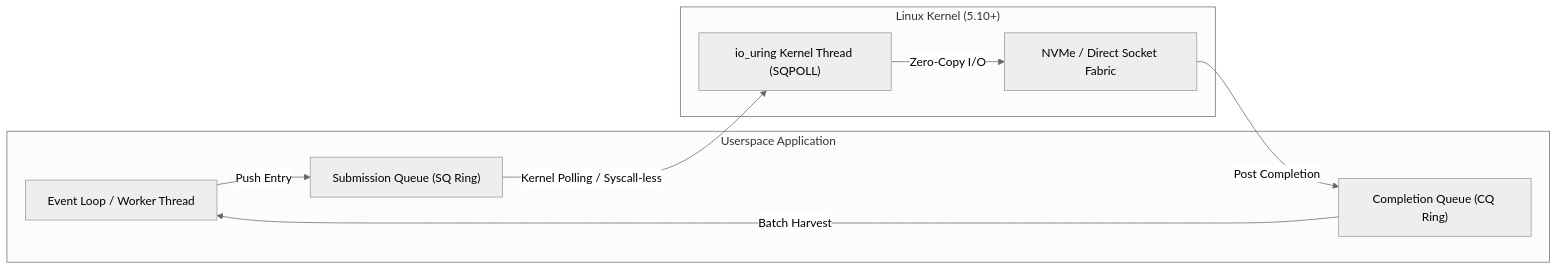
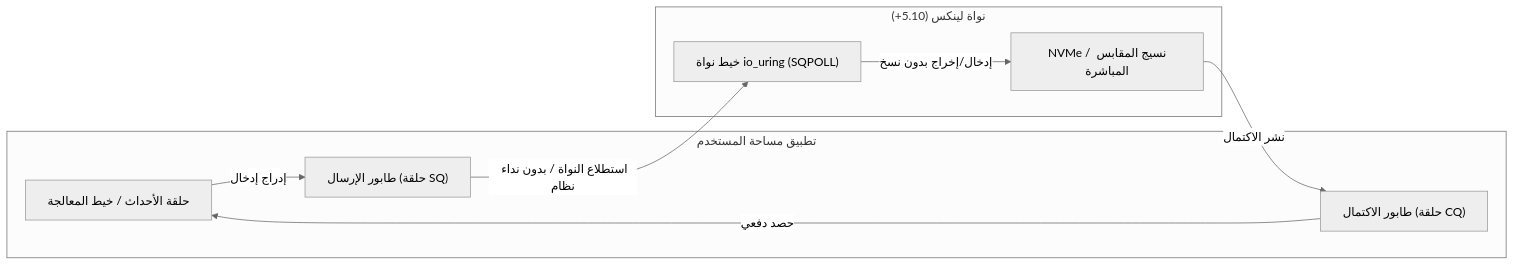
One commit to maya-thorne/ring-io changed the diagram in docs/locales/ar.md. Above: the diagram before and after it, drawn with Mermaid (neutral theme). The commit also changed 8 other files, not shown here.

Commit message:
docs: localize architecture mermaid diagrams for all languages

````diff
--- a/docs/locales/ar.md
+++ b/docs/locales/ar.md
@@ -31,19 +31,19 @@
 ```mermaid
 flowchart LR
-    subgraph Userspace ["Userspace Application"]
-        App["Event Loop / Worker Thread"]
-        SQ["Submission Queue (SQ Ring)"]
-        CQ["Completion Queue (CQ Ring)"]
+    subgraph Userspace ["تطبيق مساحة المستخدم"]
+        App["حلقة الأحداث / خيط المعالجة"]
+        SQ["طابور الإرسال (حلقة SQ)"]
+        CQ["طابور الاكتمال (حلقة CQ)"]
     end
 
-    subgraph Kernel ["Linux Kernel (5.10+)"]
-        KernelThread["io_uring Kernel Thread (SQPOLL)"]
-        Storage["NVMe / Direct Socket Fabric"]
+    subgraph Kernel ["نواة لينكس (5.10+)"]
+        KernelThread["خيط نواة io_uring (SQPOLL)"]
+        Storage["NVMe / نسيج المقابس المباشرة"]
     end
 
-    App -->|Push Entry| SQ
-    SQ -->|Kernel Polling / Syscall-less| KernelThread
-    KernelThread -->|Zero-Copy I/O| Storage
-    Storage -->|Post Completion| CQ
-    CQ -->|Batch Harvest| App
+    App -->|إدراج إدخال| SQ
+    SQ -->|استطلاع النواة / بدون نداء نظام| KernelThread
+    KernelThread -->|إدخال/إخراج بدون نسخ| Storage
+    Storage -->|نشر الاكتمال| CQ
+    CQ -->|حصد دفعي| App
 ```
````
